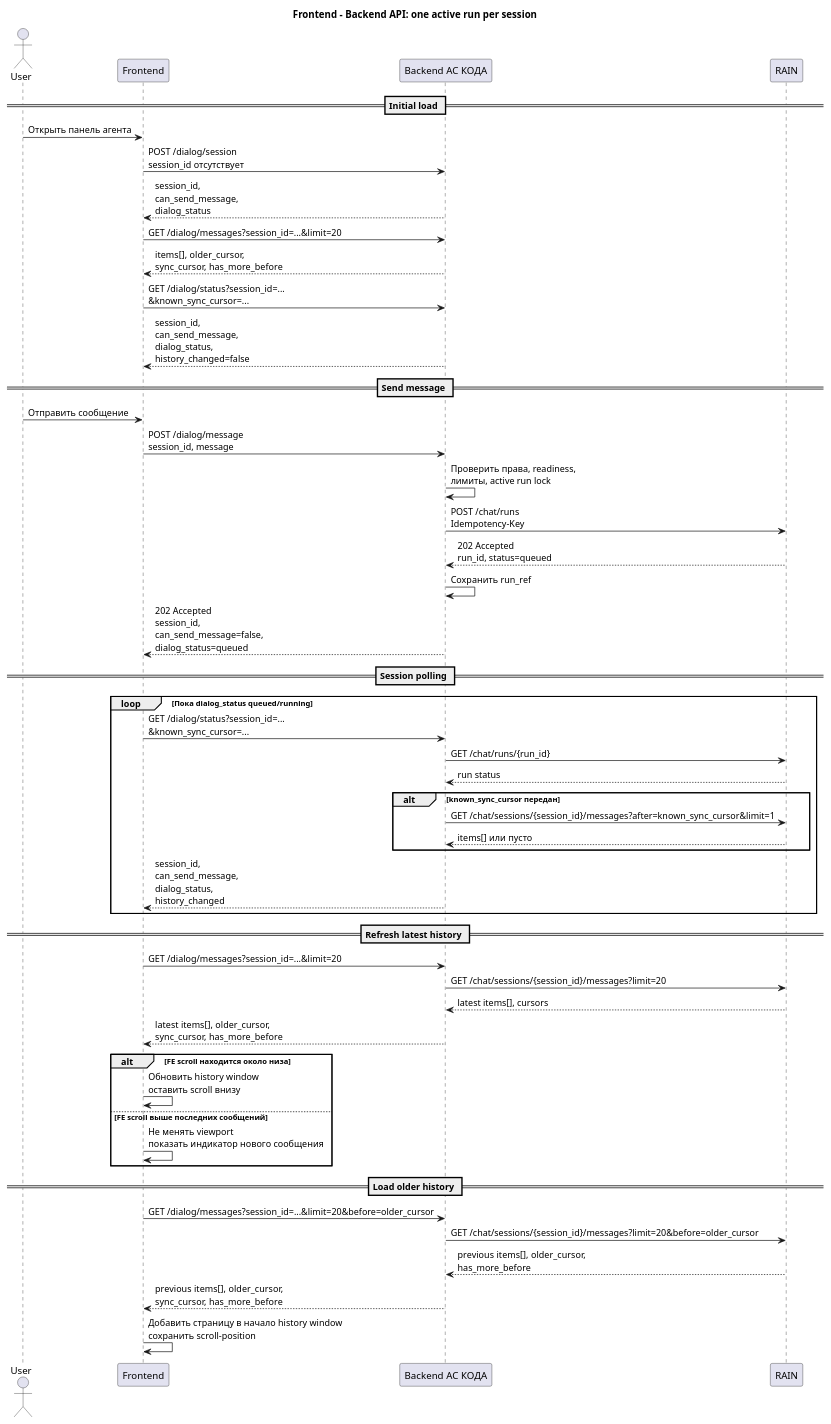
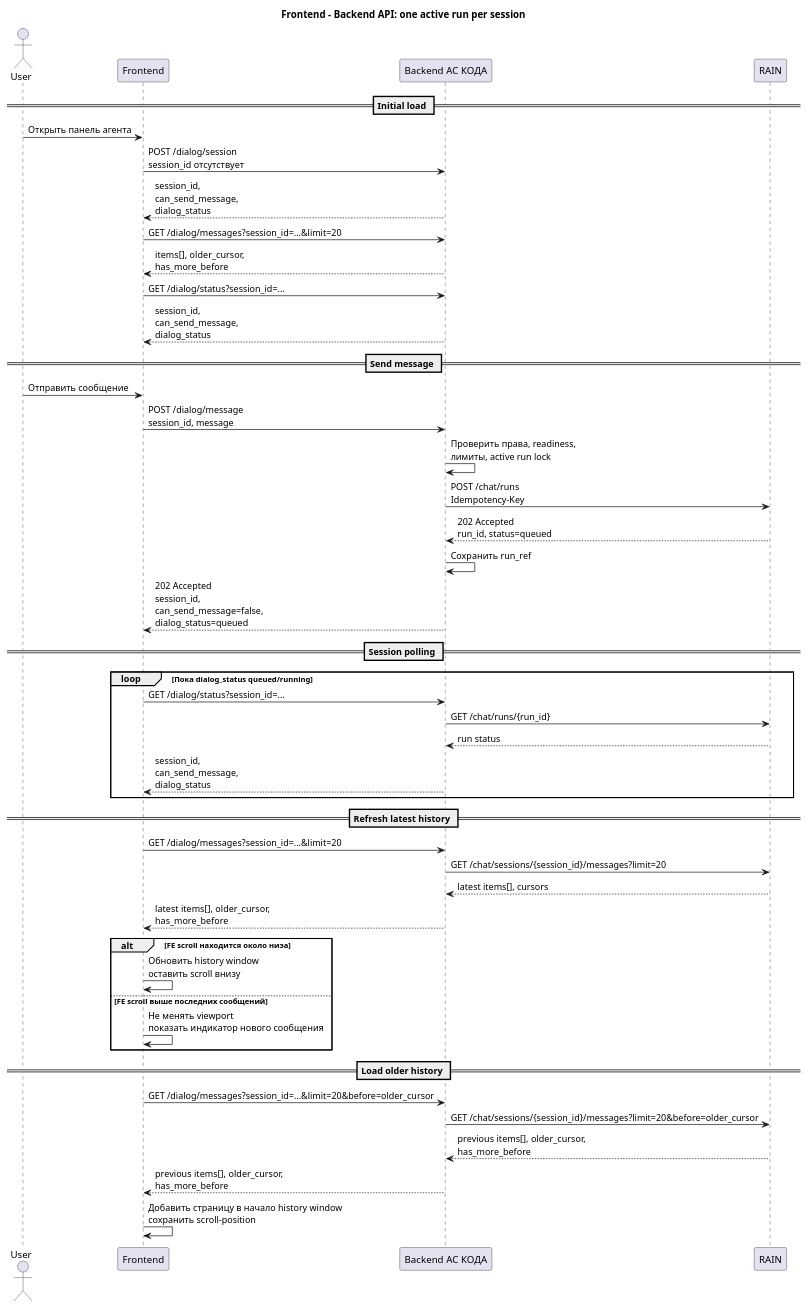
The diagram in features/simulation-bt-agent/slices/dialog-session/requirements/backend.md (shuhart75/changeswork-copy), drawn with PlantUML before and after one commit. The commit also changed other lines of this file and 14 other files, not shown here.

````diff
--- a/features/simulation-bt-agent/slices/dialog-session/requirements/backend.md
+++ b/features/simulation-bt-agent/slices/dialog-session/requirements/backend.md
@@ -372,59 +367,55 @@
 ```plantuml
 @startuml
 title Frontend - Backend API: one active run per session
 
 actor User as U
 participant "Frontend" as FE
 participant "Backend АС КОДА" as BE
 participant "RAIN" as RAIN
 
 == Initial load ==
 U -> FE: Открыть панель агента
 FE -> BE: POST /dialog/session\nsession_id отсутствует
 BE --> FE: session_id,\ncan_send_message,\ndialog_status
 FE -> BE: GET /dialog/messages?session_id=...&limit=20
-BE --> FE: items[], older_cursor,\nsync_cursor, has_more_before
-FE -> BE: GET /dialog/status?session_id=...\n&known_sync_cursor=...
-BE --> FE: session_id,\ncan_send_message,\ndialog_status,\nhistory_changed=false
+BE --> FE: items[], older_cursor,\nhas_more_before
+FE -> BE: GET /dialog/status?session_id=...
+BE --> FE: session_id,\ncan_send_message,\ndialog_status
 
 == Send message ==
 U -> FE: Отправить сообщение
 FE -> BE: POST /dialog/message\nsession_id, message
 BE -> BE: Проверить права, readiness,\nлимиты, active run lock
 BE -> RAIN: POST /chat/runs\nIdempotency-Key
 RAIN --> BE: 202 Accepted\nrun_id, status=queued
 BE -> BE: Сохранить run_ref
 BE --> FE: 202 Accepted\nsession_id,\ncan_send_message=false,\ndialog_status=queued
 
 == Session polling ==
 loop Пока dialog_status queued/running
-  FE -> BE: GET /dialog/status?session_id=...\n&known_sync_cursor=...
+  FE -> BE: GET /dialog/status?session_id=...
   BE -> RAIN: GET /chat/runs/{run_id}
   RAIN --> BE: run status
-  alt known_sync_cursor передан
-    BE -> RAIN: GET /chat/sessions/{session_id}/messages?after=known_sync_cursor&limit=1
-    RAIN --> BE: items[] или пусто
-  end
-  BE --> FE: session_id,\ncan_send_message,\ndialog_status,\nhistory_changed
+  BE --> FE: session_id,\ncan_send_message,\ndialog_status
 end
 
 == Refresh latest history ==
 FE -> BE: GET /dialog/messages?session_id=...&limit=20
 BE -> RAIN: GET /chat/sessions/{session_id}/messages?limit=20
 RAIN --> BE: latest items[], cursors
-BE --> FE: latest items[], older_cursor,\nsync_cursor, has_more_before
+BE --> FE: latest items[], older_cursor,\nhas_more_before
 
 alt FE scroll находится около низа
   FE -> FE: Обновить history window\nоставить scroll внизу
 else FE scroll выше последних сообщений
   FE -> FE: Не менять viewport\nпоказать индикатор нового сообщения
 end
 
 == Load older history ==
 FE -> BE: GET /dialog/messages?session_id=...&limit=20&before=older_cursor
 BE -> RAIN: GET /chat/sessions/{session_id}/messages?limit=20&before=older_cursor
 RAIN --> BE: previous items[], older_cursor,\nhas_more_before
-BE --> FE: previous items[], older_cursor,\nsync_cursor, has_more_before
+BE --> FE: previous items[], older_cursor,\nhas_more_before
 FE -> FE: Добавить страницу в начало history window\nсохранить scroll-position
 @enduml
 ```
````
